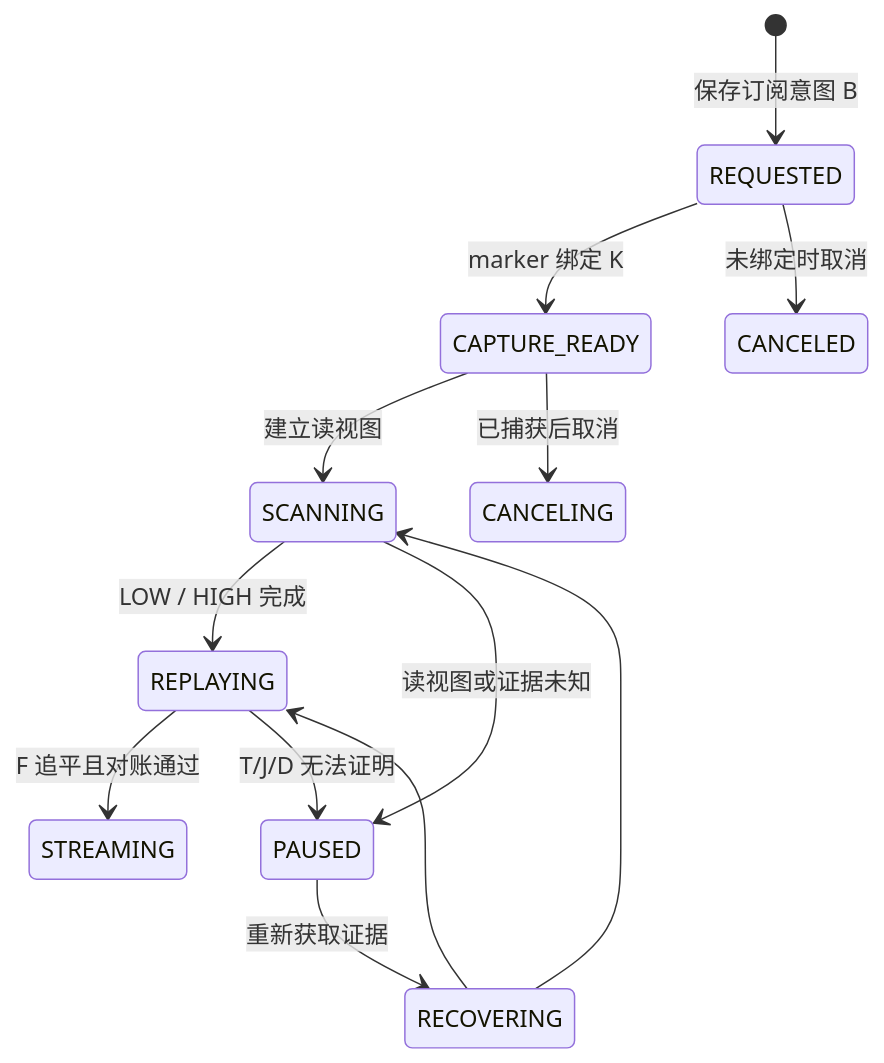
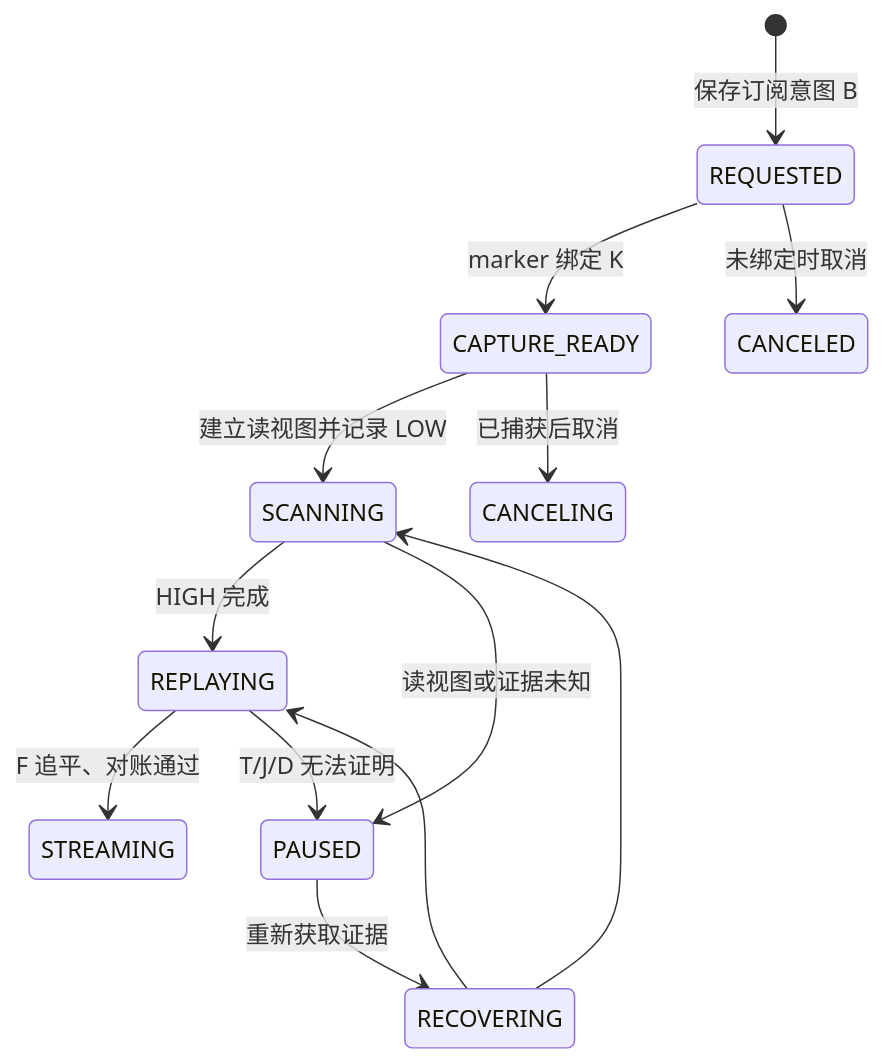
One commit to Xuxiaotuan/Xuxiaotuan.github.io changed the first of 2 diagrams in _posts/pekko/2026-10-18-pekko-cdc-2-recovery-contract.md. Above: the diagram before and after it, drawn with Mermaid. The commit also changed other lines of this file and 4 other files, not shown here.

````diff
--- a/_posts/pekko/2026-10-18-pekko-cdc-2-recovery-contract.md
+++ b/_posts/pekko/2026-10-18-pekko-cdc-2-recovery-contract.md
@@ -29,15 +37,15 @@
 ```mermaid
 stateDiagram-v2
     [*] --> REQUESTED: 保存订阅意图 B
     REQUESTED --> CAPTURE_READY: marker 绑定 K
-    CAPTURE_READY --> SCANNING: 建立读视图
-    SCANNING --> REPLAYING: LOW / HIGH 完成
-    REPLAYING --> STREAMING: F 追平且对账通过
+    CAPTURE_READY --> SCANNING: 建立读视图并记录 LOW
+    SCANNING --> REPLAYING: HIGH 完成
+    REPLAYING --> STREAMING: F 追平、对账通过
     REQUESTED --> CANCELED: 未绑定时取消
     CAPTURE_READY --> CANCELING: 已捕获后取消
     SCANNING --> PAUSED: 读视图或证据未知
     REPLAYING --> PAUSED: T/J/D 无法证明
     PAUSED --> RECOVERING: 重新获取证据
     RECOVERING --> SCANNING
     RECOVERING --> REPLAYING
 ```
````
